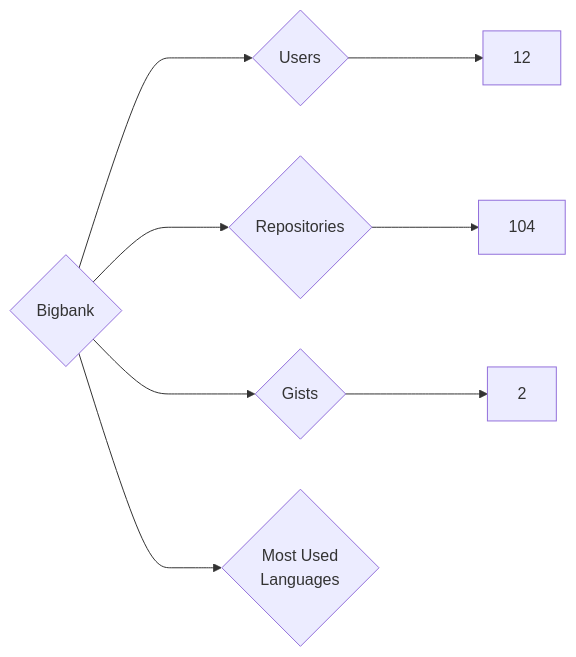
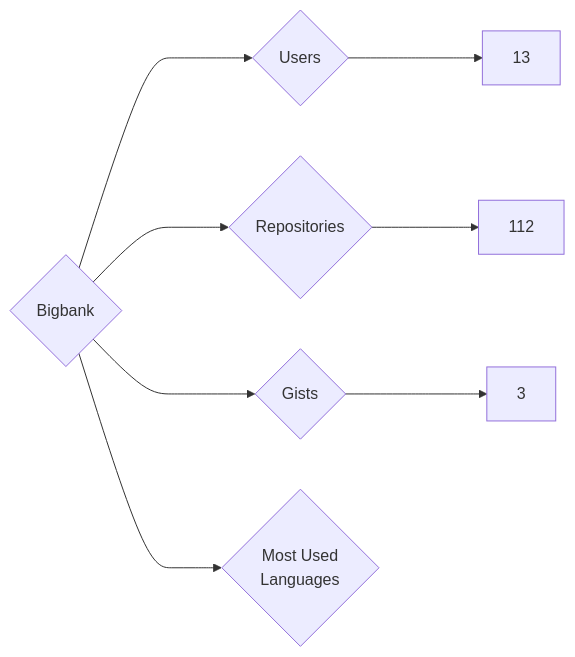
Before and after one commit to nenadzaric/insiders: the diagram in targets/Bigbank/README.md, drawn with Mermaid. The commit also changed 1342 other files, not shown here.

````diff
--- a/targets/Bigbank/README.md
+++ b/targets/Bigbank/README.md
@@ -3,8 +3,8 @@
 ```mermaid
 graph LR
 COMPANY_NAME{Bigbank}
-COMPANY_NAME ---> U{Users} ---> UN[12]
-COMPANY_NAME ---> R{Repositories} ---> RN[104]
-COMPANY_NAME ---> G{Gists} ---> GN[2]
+COMPANY_NAME ---> U{Users} ---> UN[13]
+COMPANY_NAME ---> R{Repositories} ---> RN[112]
+COMPANY_NAME ---> G{Gists} ---> GN[3]
 COMPANY_NAME ---> ML{Most Used<br>Languages}
 ```
````
